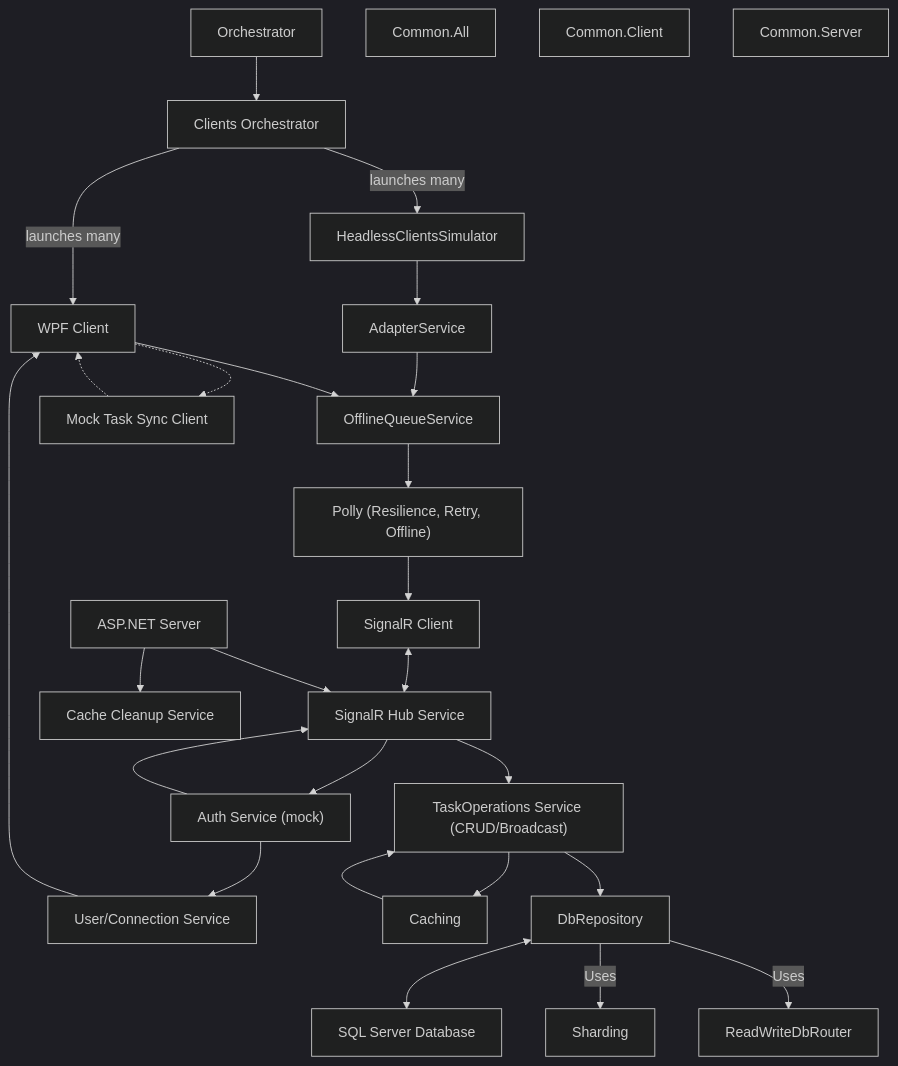
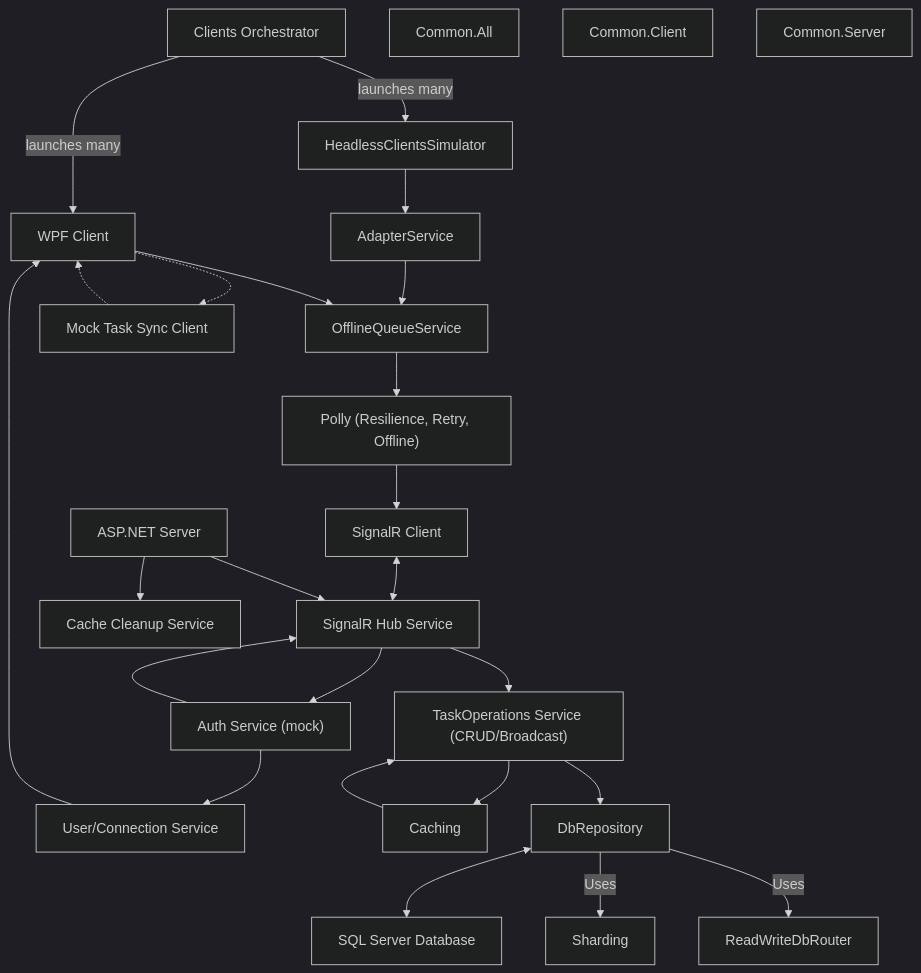
The diagram in README.md (shaunday/ToDos), drawn with Mermaid (dark theme) before and after one commit.

````diff
--- a/README.md
+++ b/README.md
@@ -66,69 +66,69 @@
 ```mermaid
 flowchart TB
-    %% Top: Orchestrator
-    Orchestrator["Orchestrator"]
+    %% Top: Clients Orchestrator
     ClientsOrchestrator["Clients Orchestrator"]
-    Orchestrator --> ClientsOrchestrator
     ClientsOrchestrator -- "launches many" --> UI
     ClientsOrchestrator -- "launches many" --> HeadlessSim
     HeadlessSim["HeadlessClientsSimulator"]
     AdapterService["AdapterService"]
     HeadlessSim --> AdapterService
     AdapterService --> OfflineQueueService
 
     %% User/Connection Service above UI
     UserConnService["User/Connection Service"]
     UserConnService --> UI
 
     %% Client Side
     UI["WPF Client"]
     OfflineQueueService["OfflineQueueService"]
     Polly["Polly (Resilience, Retry, Offline)"]
     SignalRClient["SignalR Client"]
     Mock["Mock Task Sync Client"]
 
     UI --> OfflineQueueService
     OfflineQueueService --> Polly
     Polly --> SignalRClient
     UI -.-> Mock
     Mock -.-> UI
     SignalRClient <--> SignalRHub
 
     %% Middle: Auth Service (mock)
     AuthService["Auth Service (mock)"]
     AuthService --> SignalRHub
     AuthService --> UserConnService
     SignalRHub --> AuthService
 
     %% Server Side
     SignalRHub["SignalR Hub Service"]
     TaskOperations["TaskOperations Service (CRUD/Broadcast)"]
     Caching["Caching"]
     DbRepository["DbRepository"]
-    ServerApp["ASP.NET Server"]
-    ServerApp --> SignalRHub
-    ServerApp --> CacheCleanup
     SignalRHub --> TaskOperations
     TaskOperations --> Caching
     Caching --> TaskOperations
     TaskOperations --> DbRepository
     DbRepository <--> DB
-    CacheCleanup["Cache Cleanup Service"]
+    DB["SQL Server Database"]
 
-    %% Sharding and ReadWriteDbRouter as services for DbRepository
+    %% Sharding and ReadWriteDbRouter grouped to the right of DbRepository
     Sharding["Sharding"]
     ReadWriteDbRouter["ReadWriteDbRouter"]
     DbRepository -- Uses --> Sharding
     DbRepository -- Uses --> ReadWriteDbRouter
-    DB["SQL Server Database"]
+
+    %% ASP.NET Server and Cache Cleanup Service together on the right
+    ServerApp["ASP.NET Server"]
+    CacheCleanup["Cache Cleanup Service"]
+    ServerApp --> SignalRHub
+    ServerApp --> CacheCleanup
 
     %% Right: Shared/Common (top to bottom)
     CommonAll["Common.All"]
     CommonClient["Common.Client"]
     CommonServer["Common.Server"]
 
     %% Position common projects visually (no lines)
     CommonAll
     CommonClient
     CommonServer
 ```
````
